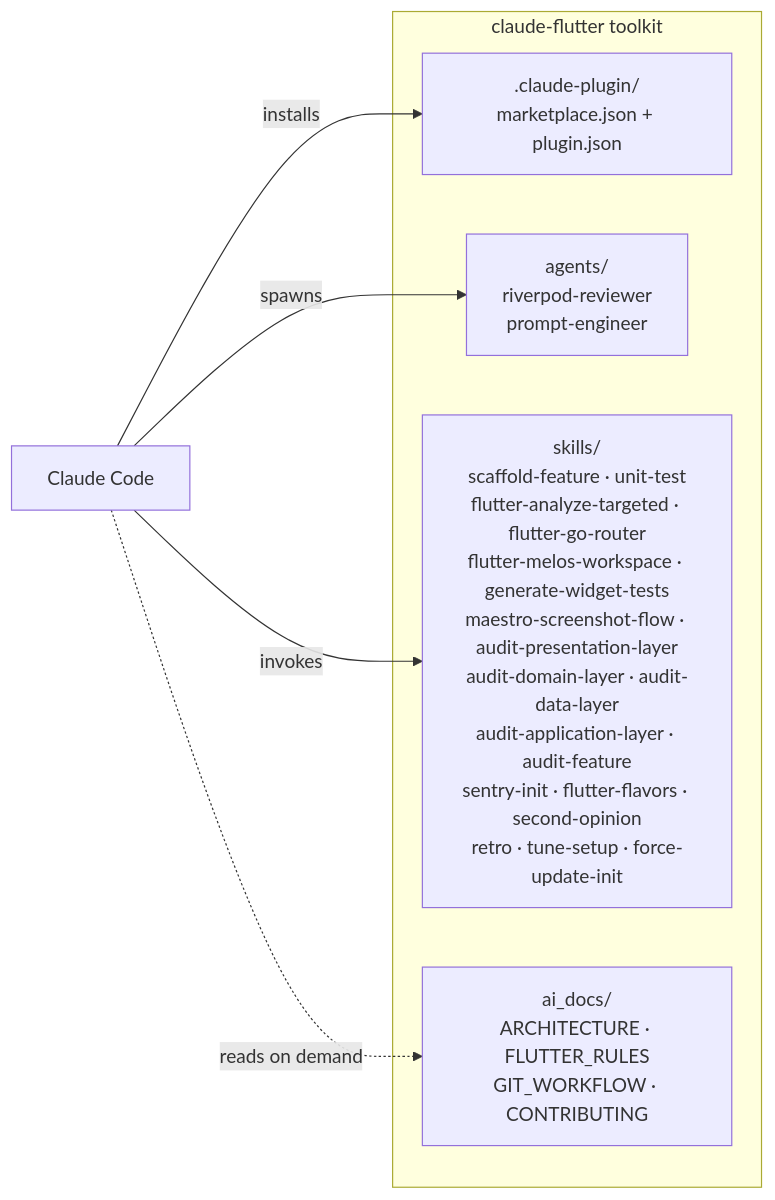
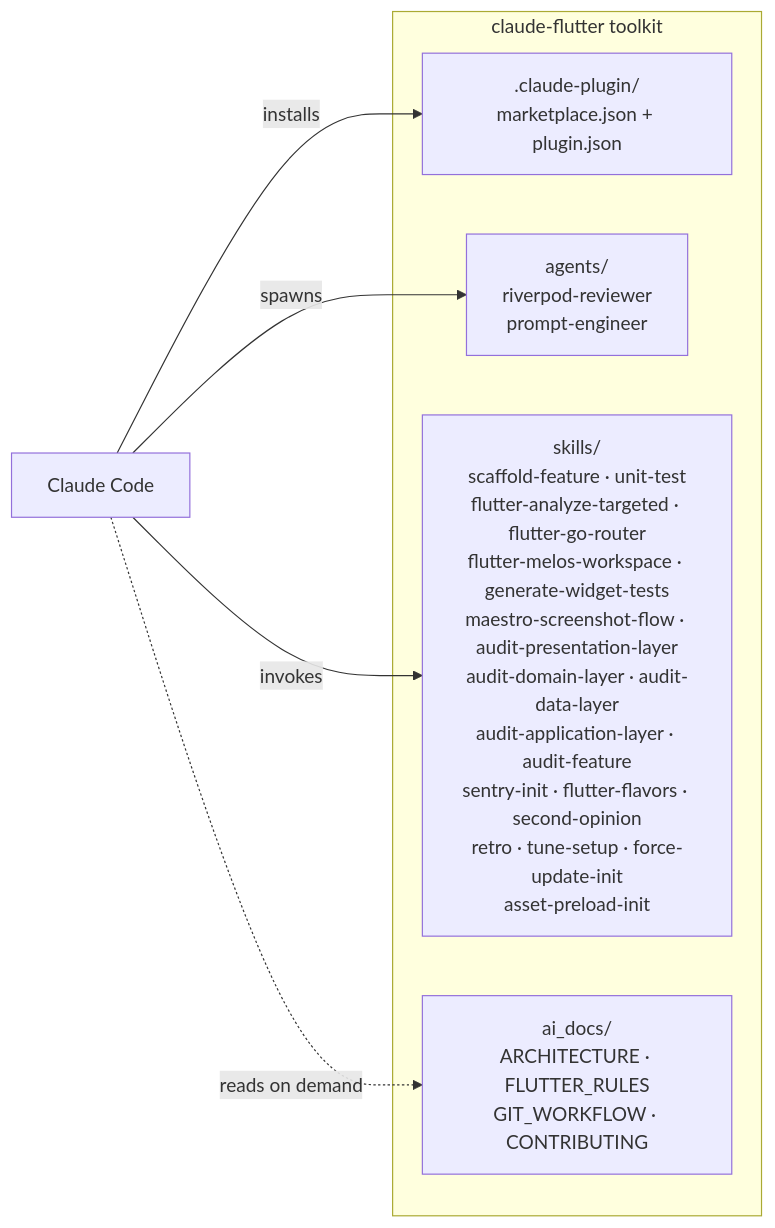
The diagram in ai_docs/ARCHITECTURE.md (iamantoniodinuzzo/claude-flutter), drawn with Mermaid before and after one commit. The commit also changed other lines of this file and 11 other files, not shown here.

First line of the commit message:
feat(asset-preload-init): add asset warm-up skill and ASSET audit rules

````diff
--- a/ai_docs/ARCHITECTURE.md
+++ b/ai_docs/ARCHITECTURE.md
@@ -20,16 +20,17 @@
 ```mermaid
 flowchart LR
     subgraph Repo["claude-flutter toolkit"]
         plugin[".claude-plugin/\nmarketplace.json + plugin.json"]
         agents["agents/\nriverpod-reviewer\nprompt-engineer"]
-        skills["skills/\nscaffold-feature · unit-test\nflutter-analyze-targeted · flutter-go-router\nflutter-melos-workspace · generate-widget-tests\nmaestro-screenshot-flow · audit-presentation-layer\naudit-domain-layer · audit-data-layer\naudit-application-layer · audit-feature\nsentry-init · flutter-flavors · second-opinion\nretro · tune-setup · force-update-init"]
+        skills["skills/\nscaffold-feature · unit-test\nflutter-analyze-targeted · flutter-go-router\nflutter-melos-workspace · generate-widget-tests\nmaestro-screenshot-flow · audit-presentation-layer\naudit-domain-layer · audit-data-layer\naudit-application-layer · audit-feature\nsentry-init · flutter-flavors · second-opinion\nretro · tune-setup · force-update-init
+asset-preload-init"]
         aidocs["ai_docs/\nARCHITECTURE · FLUTTER_RULES\nGIT_WORKFLOW · CONTRIBUTING"]
     end
 
     cc[Claude Code]
 
     cc -->|installs| plugin
     cc -->|invokes| skills
     cc -->|spawns| agents
     cc -.->|reads on demand| aidocs
 ```
````
